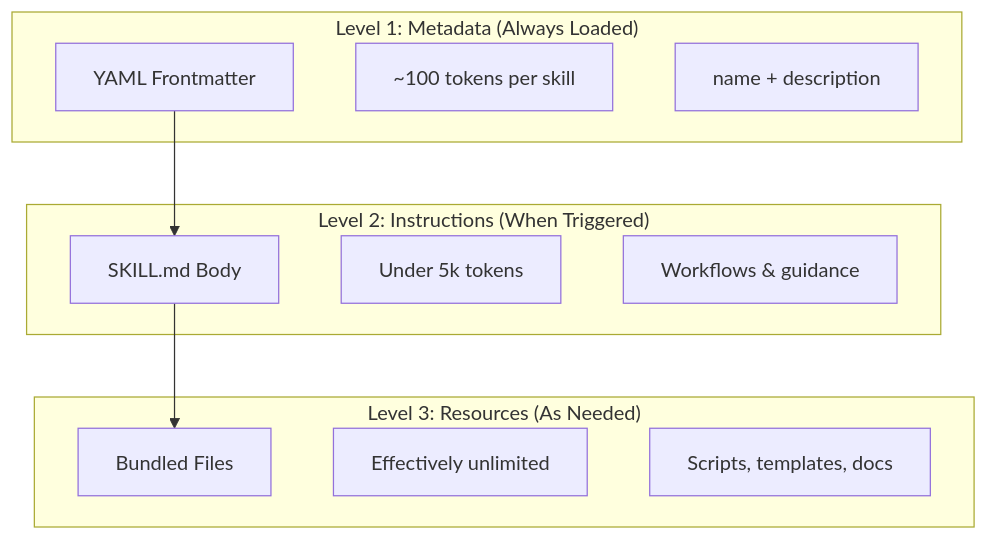
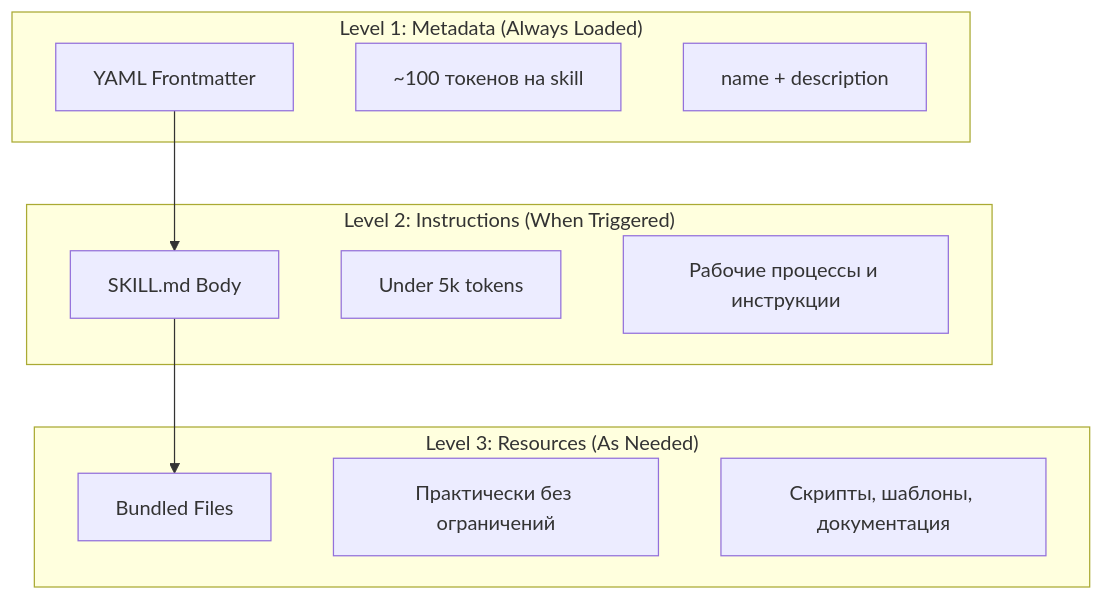
The first of 2 diagrams in 03-skills/README.md (srpvpn/claude-howto-ru), drawn with Mermaid before and after one commit. The commit also changed other lines of this file and 8 other files, not shown here.

````diff
--- a/03-skills/README.md
+++ b/03-skills/README.md
@@ -32,23 +32,23 @@
 ```mermaid
 graph TB
     subgraph "Level 1: Metadata (Always Loaded)"
         A["YAML Frontmatter"]
-        A1["~100 tokens per skill"]
+        A1["~100 токенов на skill"]
         A2["name + description"]
     end
 
     subgraph "Level 2: Instructions (When Triggered)"
         B["SKILL.md Body"]
         B1["Under 5k tokens"]
-        B2["Workflows & guidance"]
+        B2["Рабочие процессы и инструкции"]
     end
 
     subgraph "Level 3: Resources (As Needed)"
         C["Bundled Files"]
-        C1["Effectively unlimited"]
-        C2["Scripts, templates, docs"]
+        C1["Практически без ограничений"]
+        C2["Скрипты, шаблоны, документация"]
     end
 
     A --> B
     B --> C
 ```
````
